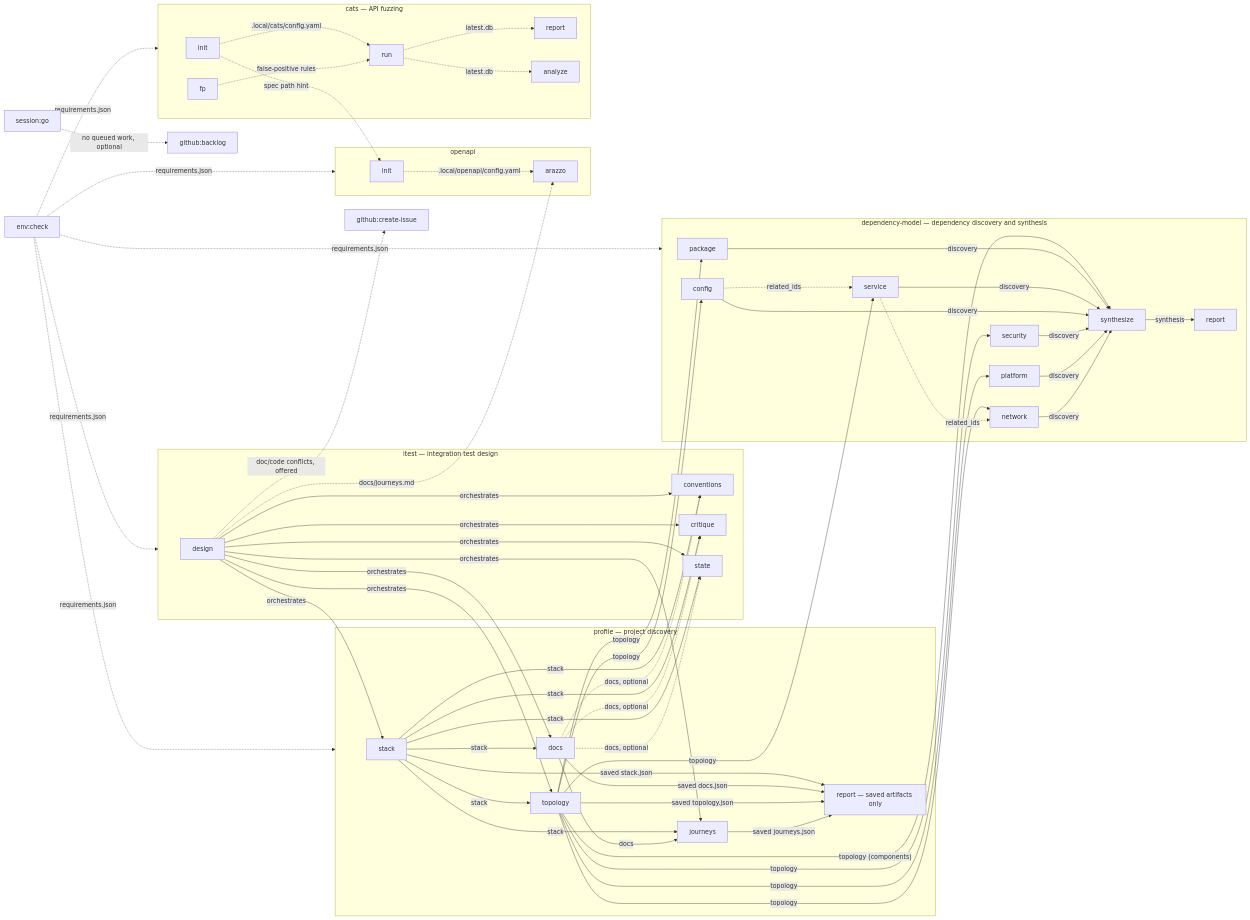
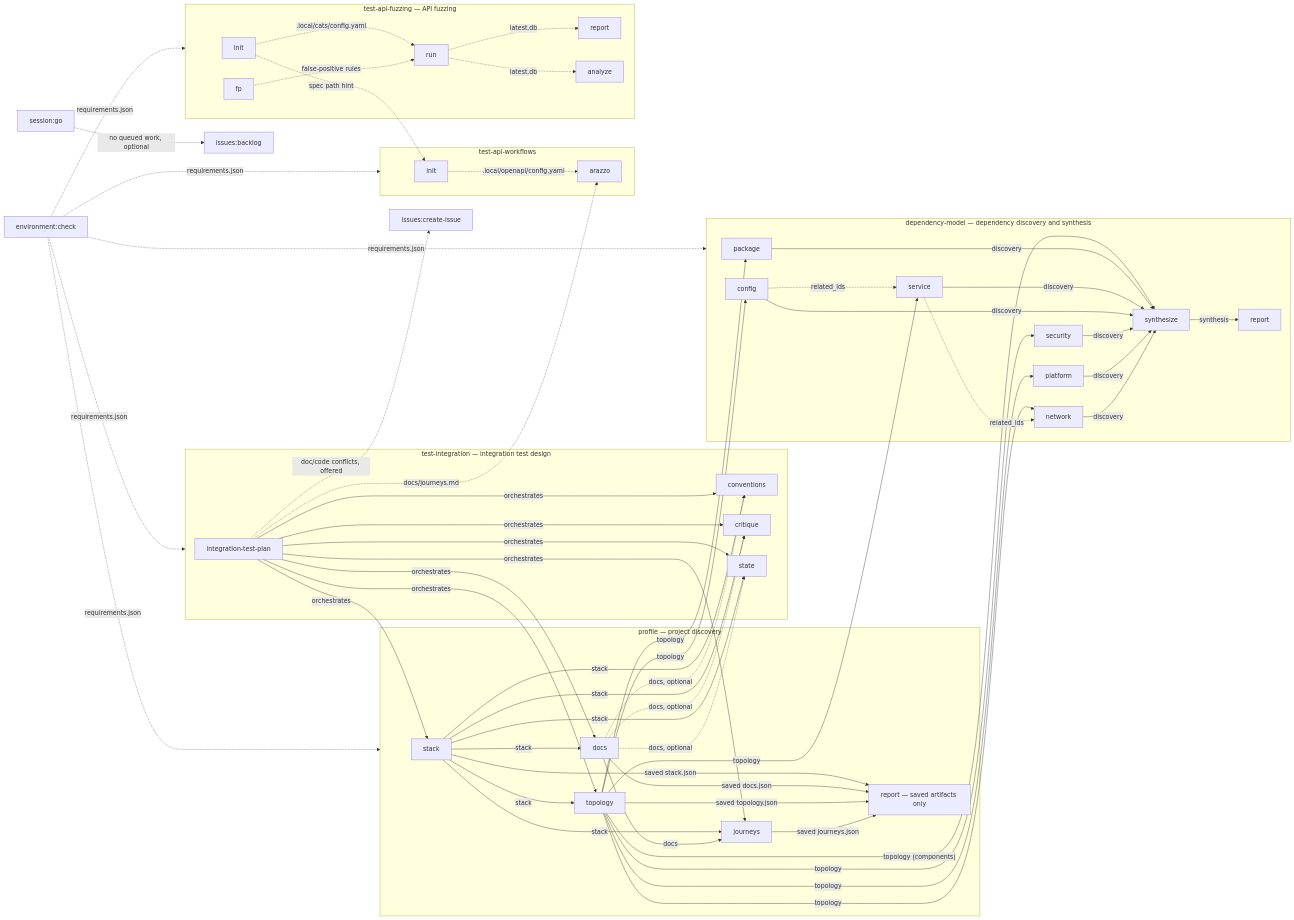
The diagram in docs/ARCHITECTURE.md (ericfitz/skills), drawn with Mermaid before and after one commit. The commit also changed other lines of this file and 190 other files, not shown here.

```diff
--- a/docs/ARCHITECTURE.md
+++ b/docs/ARCHITECTURE.md
@@ -41,19 +41,19 @@
     p_report["report — saved artifacts only"]
   end
 
-  subgraph itest["itest — integration test design"]
-    i_design["design"]
+  subgraph itest["test-integration — integration test design"]
+    i_design["integration-test-plan"]
     i_conv["conventions"]
     i_crit["critique"]
     i_state["state"]
   end
 
-  subgraph openapi["openapi"]
+  subgraph openapi["test-api-workflows"]
     o_init["init"]
     o_arazzo["arazzo"]
   end
 
-  subgraph cats["cats — API fuzzing"]
+  subgraph cats["test-api-fuzzing — API fuzzing"]
     c_init["init"]
     c_run["run"]
     c_report["report"]
@@ -72,10 +72,10 @@
     x_report["report"]
   end
 
-  gh["github:create-issue"]
-  ghb["github:backlog"]
+  gh["issues:create-issue"]
+  ghb["issues:backlog"]
   sess["session:go"]
-  envchk["env:check"]
+  envchk["environment:check"]
 
   p_stack -- "stack" --> p_docs
   p_stack -- "stack" --> p_topo
```
